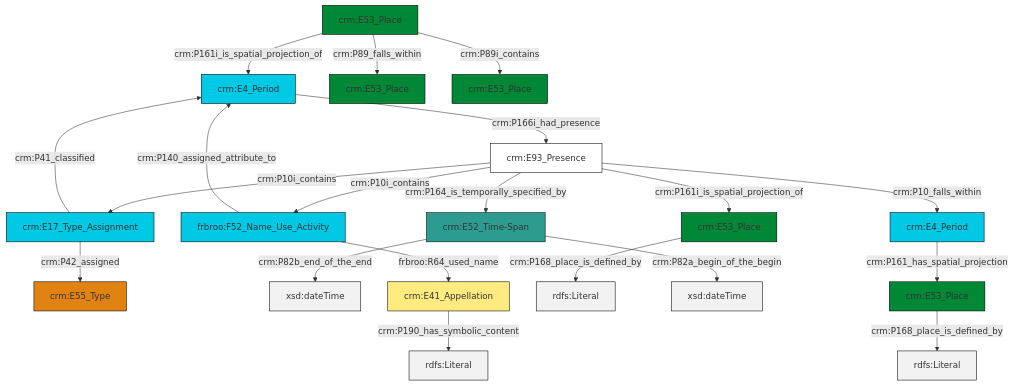
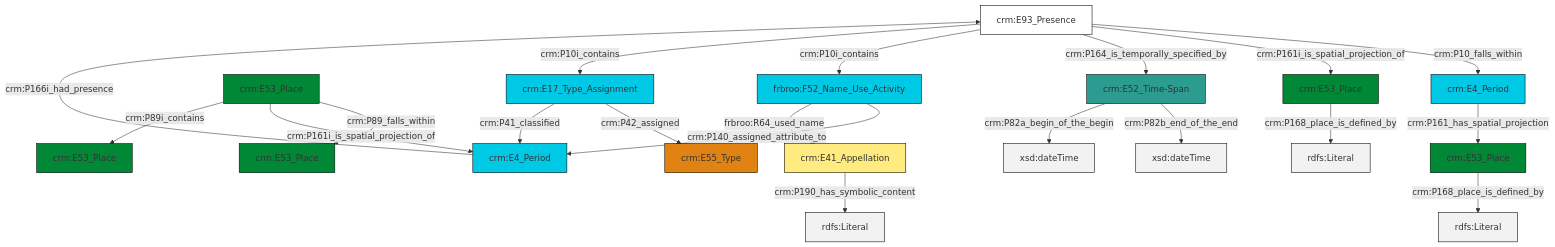
Before and after one commit to swiss-art-research-net/docs.swissartresearch: the diagram in et/placeCSV/ttl/mmd/place_parthood.ttl.mmd, drawn with Mermaid. The commit also changed 174 other files, not shown here.

```diff
--- a/et/placeCSV/ttl/mmd/place_parthood.ttl.mmd
+++ b/et/placeCSV/ttl/mmd/place_parthood.ttl.mmd
@@ -1,34 +1,34 @@
 graph TD
 classDef Literal fill:#f2f2f2,stroke:#000000;
 classDef CRM_Entity fill:#FFFFFF,stroke:#000000;
 classDef Temporal_Entity fill:#00C9E6, stroke:#000000;
 classDef Type fill:#E18312, stroke:#000000;
 classDef Time-Span fill:#2C9C91, stroke:#000000;
 classDef Appellation fill:#FFEB7F, stroke:#000000;
 classDef Place fill:#008836, stroke:#000000;
 classDef Persistent_Item fill:#B266B2, stroke:#000000;
 classDef Conceptual_Object fill:#FFD700, stroke:#000000;
 classDef Physical_Thing fill:#D2B48C, stroke:#000000;
 classDef Actor fill:#f58aad, stroke:#000000;
 classDef PC_Classes fill:#4ce600, stroke:#000000;
 classDef Multi fill:#cccccc,stroke:#000000;
 
-6["crm:E52_Time-Span"]:::Time-Span -->|crm:P82b_end_of_the_end| 7[xsd:dateTime]:::Literal
-0["crm:E53_Place"]:::Place -->|crm:P161i_is_spatial_projection_of| 8["crm:E4_Period"]:::Temporal_Entity
-0["crm:E53_Place"]:::Place -->|crm:P89_falls_within| 9["crm:E53_Place"]:::Place
-11["crm:E17_Type_Assignment"]:::Temporal_Entity -->|crm:P41_classified| 8["crm:E4_Period"]:::Temporal_Entity
-2["frbroo:F52_Name_Use_Activity"]:::Temporal_Entity -->|frbroo:R64_used_name| 12["crm:E41_Appellation"]:::Appellation
-8["crm:E4_Period"]:::Temporal_Entity -->|crm:P166i_had_presence| 13["crm:E93_Presence"]:::CRM_Entity
-14["crm:E53_Place"]:::Place -->|crm:P168_place_is_defined_by| 15[rdfs:Literal]:::Literal
-13["crm:E93_Presence"]:::CRM_Entity -->|crm:P10i_contains| 2["frbroo:F52_Name_Use_Activity"]:::Temporal_Entity
-12["crm:E41_Appellation"]:::Appellation -->|crm:P190_has_symbolic_content| 20[rdfs:Literal]:::Literal
-11["crm:E17_Type_Assignment"]:::Temporal_Entity -->|crm:P42_assigned| 4["crm:E55_Type"]:::Type
-0["crm:E53_Place"]:::Place -->|crm:P89i_contains| 21["crm:E53_Place"]:::Place
-6["crm:E52_Time-Span"]:::Time-Span -->|crm:P82a_begin_of_the_begin| 22[xsd:dateTime]:::Literal
-17["crm:E4_Period"]:::Temporal_Entity -->|crm:P161_has_spatial_projection| 24["crm:E53_Place"]:::Place
-13["crm:E93_Presence"]:::CRM_Entity -->|crm:P164_is_temporally_specified_by| 6["crm:E52_Time-Span"]:::Time-Span
-24["crm:E53_Place"]:::Place -->|crm:P168_place_is_defined_by| 26[rdfs:Literal]:::Literal
-13["crm:E93_Presence"]:::CRM_Entity -->|crm:P161i_is_spatial_projection_of| 14["crm:E53_Place"]:::Place
-13["crm:E93_Presence"]:::CRM_Entity -->|crm:P10i_contains| 11["crm:E17_Type_Assignment"]:::Temporal_Entity
-2["frbroo:F52_Name_Use_Activity"]:::Temporal_Entity -->|crm:P140_assigned_attribute_to| 8["crm:E4_Period"]:::Temporal_Entity
-13["crm:E93_Presence"]:::CRM_Entity -->|crm:P10_falls_within| 17["crm:E4_Period"]:::Temporal_Entity
+0["crm:E93_Presence"]:::CRM_Entity -->|crm:P10_falls_within| 1["crm:E4_Period"]:::Temporal_Entity
+2["crm:E4_Period"]:::Temporal_Entity -->|crm:P166i_had_presence| 0["crm:E93_Presence"]:::CRM_Entity
+3["crm:E53_Place"]:::Place -->|crm:P89_falls_within| 4["crm:E53_Place"]:::Place
+0["crm:E93_Presence"]:::CRM_Entity -->|crm:P161i_is_spatial_projection_of| 5["crm:E53_Place"]:::Place
+3["crm:E53_Place"]:::Place -->|crm:P161i_is_spatial_projection_of| 2["crm:E4_Period"]:::Temporal_Entity
+7["crm:E53_Place"]:::Place -->|crm:P168_place_is_defined_by| 8[rdfs:Literal]:::Literal
+0["crm:E93_Presence"]:::CRM_Entity -->|crm:P164_is_temporally_specified_by| 9["crm:E52_Time-Span"]:::Time-Span
+12["crm:E41_Appellation"]:::Appellation -->|crm:P190_has_symbolic_content| 13[rdfs:Literal]:::Literal
+5["crm:E53_Place"]:::Place -->|crm:P168_place_is_defined_by| 15[rdfs:Literal]:::Literal
+0["crm:E93_Presence"]:::CRM_Entity -->|crm:P10i_contains| 16["frbroo:F52_Name_Use_Activity"]:::Temporal_Entity
+1["crm:E4_Period"]:::Temporal_Entity -->|crm:P161_has_spatial_projection| 7["crm:E53_Place"]:::Place
+16["frbroo:F52_Name_Use_Activity"]:::Temporal_Entity -->|crm:P140_assigned_attribute_to| 2["crm:E4_Period"]:::Temporal_Entity
+17["crm:E17_Type_Assignment"]:::Temporal_Entity -->|crm:P42_assigned| 23["crm:E55_Type"]:::Type
+16["frbroo:F52_Name_Use_Activity"]:::Temporal_Entity -->|frbroo:R64_used_name| 12["crm:E41_Appellation"]:::Appellation
+9["crm:E52_Time-Span"]:::Time-Span -->|crm:P82b_end_of_the_end| 27[xsd:dateTime]:::Literal
+0["crm:E93_Presence"]:::CRM_Entity -->|crm:P10i_contains| 17["crm:E17_Type_Assignment"]:::Temporal_Entity
+3["crm:E53_Place"]:::Place -->|crm:P89i_contains| 10["crm:E53_Place"]:::Place
+9["crm:E52_Time-Span"]:::Time-Span -->|crm:P82a_begin_of_the_begin| 30[xsd:dateTime]:::Literal
+17["crm:E17_Type_Assignment"]:::Temporal_Entity -->|crm:P41_classified| 2["crm:E4_Period"]:::Temporal_Entity
```
